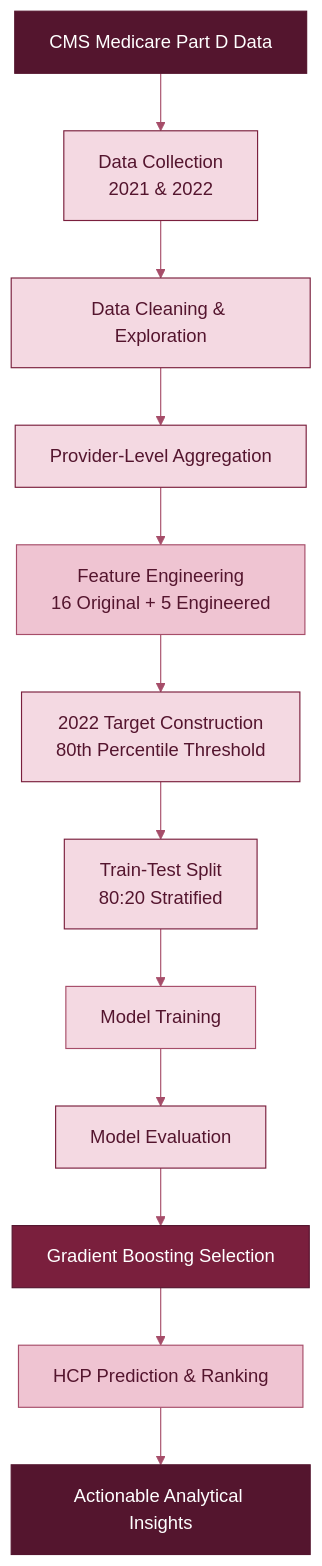
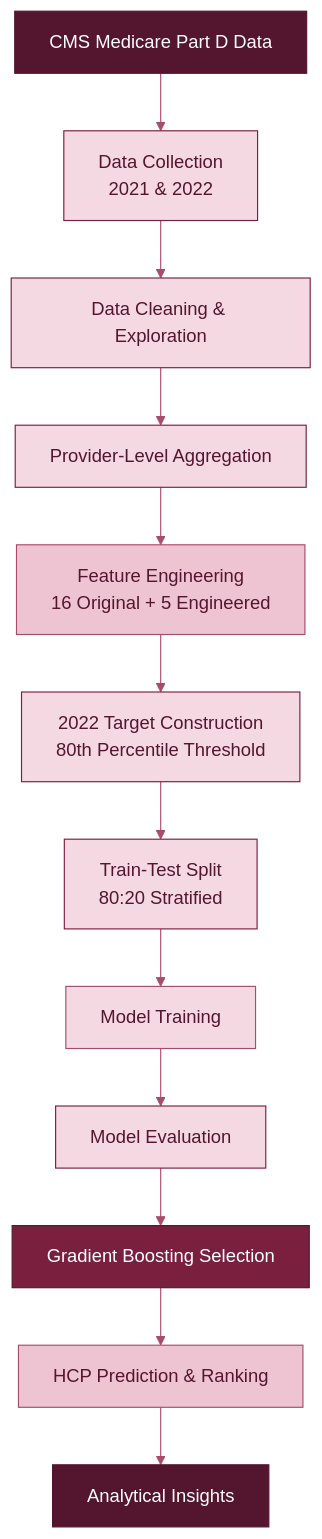
One commit to annanyaoberoi/hcp-targeting-prediction changed the diagram in README.md. Above: the diagram before and after it, drawn with Mermaid. The commit also changed other lines of this file, not shown here.

````diff
--- a/README.md
+++ b/README.md
@@ -94,22 +94,22 @@
 ```mermaid
 %%{init: {'theme':'base','themeVariables':{'primaryColor':'#F4D9E2','primaryTextColor':'#54152E','primaryBorderColor':'#7A1F3D','lineColor':'#A64D69','secondaryColor':'#FFF5F7','tertiaryColor':'#FFFFFF','fontFamily':'Arial'}}}%%
 flowchart TD
     A["CMS Medicare Part D Data"] --> B["Data Collection<br/>2021 & 2022"]
     B --> C["Data Cleaning & Exploration"]
     C --> D["Provider-Level Aggregation"]
     D --> E["Feature Engineering<br/>16 Original + 5 Engineered"]
     E --> F["2022 Target Construction<br/>80th Percentile Threshold"]
     F --> G["Train-Test Split<br/>80:20 Stratified"]
     G --> H["Model Training"]
     H --> I["Model Evaluation"]
     I --> J["Gradient Boosting Selection"]
     J --> K["HCP Prediction & Ranking"]
-    K --> L["Actionable Analytical Insights"]
+    K --> L["Analytical Insights"]
 
     style A fill:#54152E,color:#FFFFFF,stroke:#54152E
     style E fill:#EFC4D2,color:#54152E,stroke:#A64D69
     style H fill:#F4D9E2,color:#54152E,stroke:#A64D69
     style J fill:#7A1F3D,color:#FFFFFF,stroke:#54152E
     style K fill:#EFC4D2,color:#54152E,stroke:#A64D69
     style L fill:#54152E,color:#FFFFFF,stroke:#54152E
 ```
````
